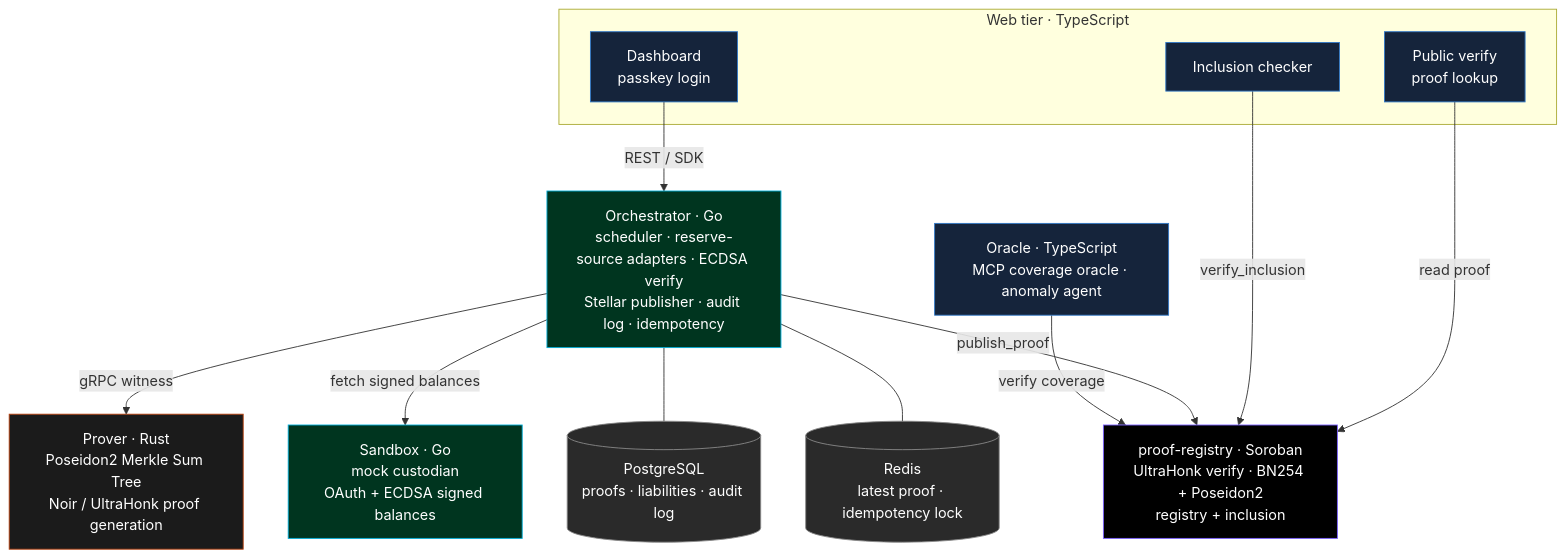
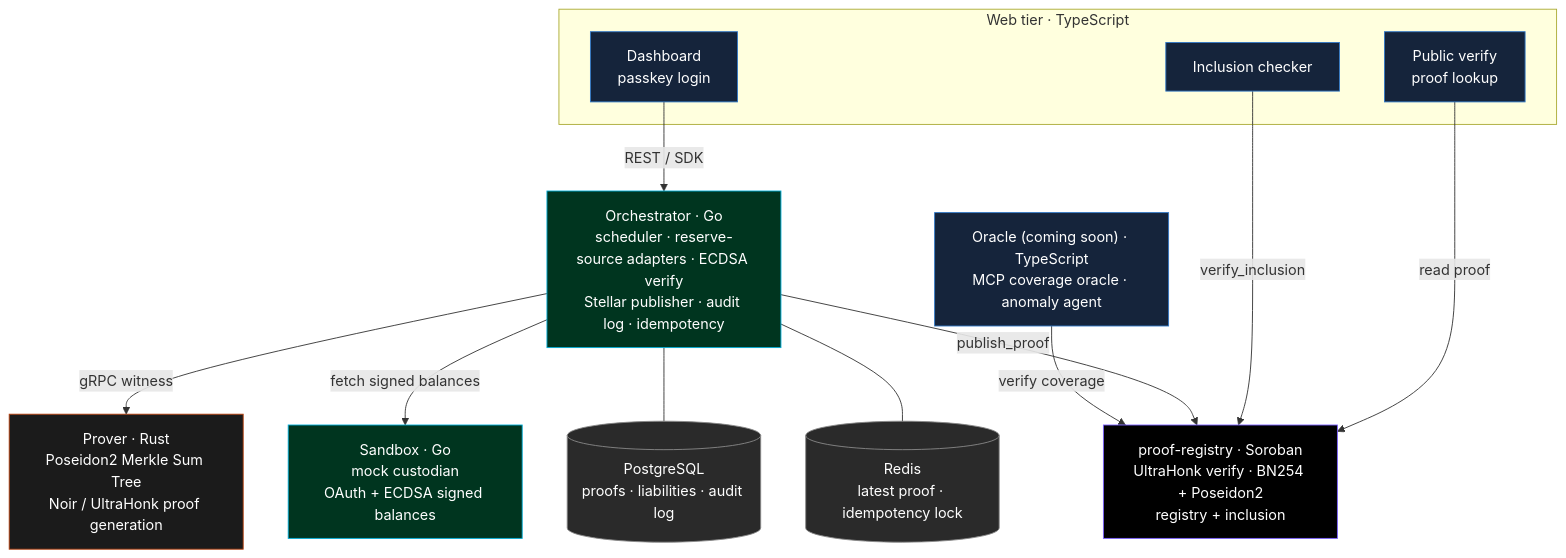
The diagram in README.md (jes-labs/solva), drawn with Mermaid before and after one commit. The commit also changed other lines of this file and 88 other files, not shown here.

````diff
--- a/README.md
+++ b/README.md
@@ -52,41 +52,41 @@
 ```mermaid
 flowchart TB
     subgraph WEB["Web tier · TypeScript"]
         DASH["Dashboard<br/>passkey login"]
         PUB["Public verify<br/>proof lookup"]
         INC["Inclusion checker"]
     end
 
     ORCH["Orchestrator · Go<br/>scheduler · reserve-source adapters · ECDSA verify<br/>Stellar publisher · audit log · idempotency"]
 
     PROVER["Prover · Rust<br/>Poseidon2 Merkle Sum Tree<br/>Noir / UltraHonk proof generation"]
     SANDBOX["Sandbox · Go<br/>mock custodian<br/>OAuth + ECDSA signed balances"]
     CONTRACT["proof-registry · Soroban<br/>UltraHonk verify · BN254 + Poseidon2<br/>registry + inclusion"]
-    ORACLE["Oracle · TypeScript<br/>MCP coverage oracle · anomaly agent"]
+    ORACLE["Oracle (coming soon) · TypeScript<br/>MCP coverage oracle · anomaly agent"]
 
     PG[("PostgreSQL<br/>proofs · liabilities · audit log")]
     REDIS[("Redis<br/>latest proof · idempotency lock")]
 
     DASH -->|REST / SDK| ORCH
     PUB -->|read proof| CONTRACT
     INC -->|verify_inclusion| CONTRACT
 
     ORCH -->|gRPC witness| PROVER
     ORCH -->|fetch signed balances| SANDBOX
     ORCH -->|publish_proof| CONTRACT
     ORCH --- PG
     ORCH --- REDIS
     ORACLE -->|verify coverage| CONTRACT
 
     classDef rust fill:#1b1b1b,stroke:#b7410e,color:#fff;
     classDef go fill:#00351f,stroke:#00ADD8,color:#fff;
     classDef ts fill:#15243b,stroke:#3178C6,color:#fff;
     classDef chain fill:#000,stroke:#7b61ff,color:#fff;
     classDef data fill:#2a2a2a,stroke:#888,color:#fff;
 
     class PROVER rust;
     class ORCH,SANDBOX go;
     class DASH,PUB,INC,ORACLE ts;
     class CONTRACT chain;
     class PG,REDIS data;
 ```
````
